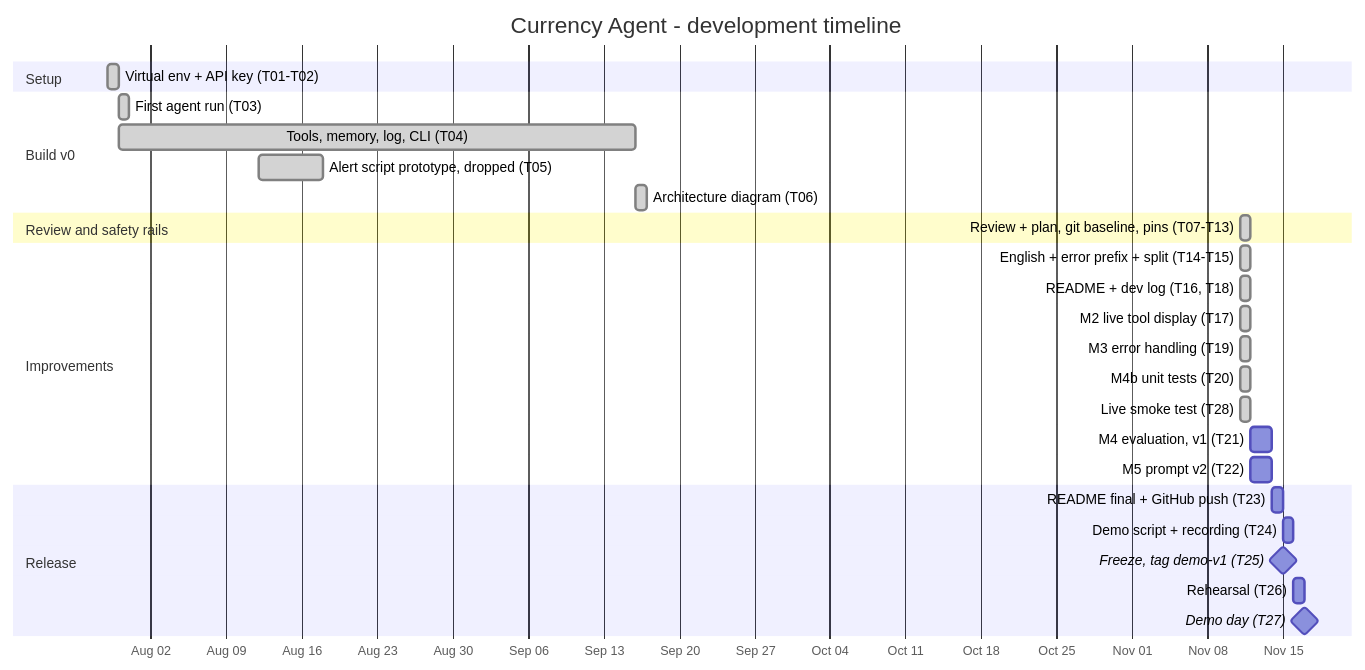
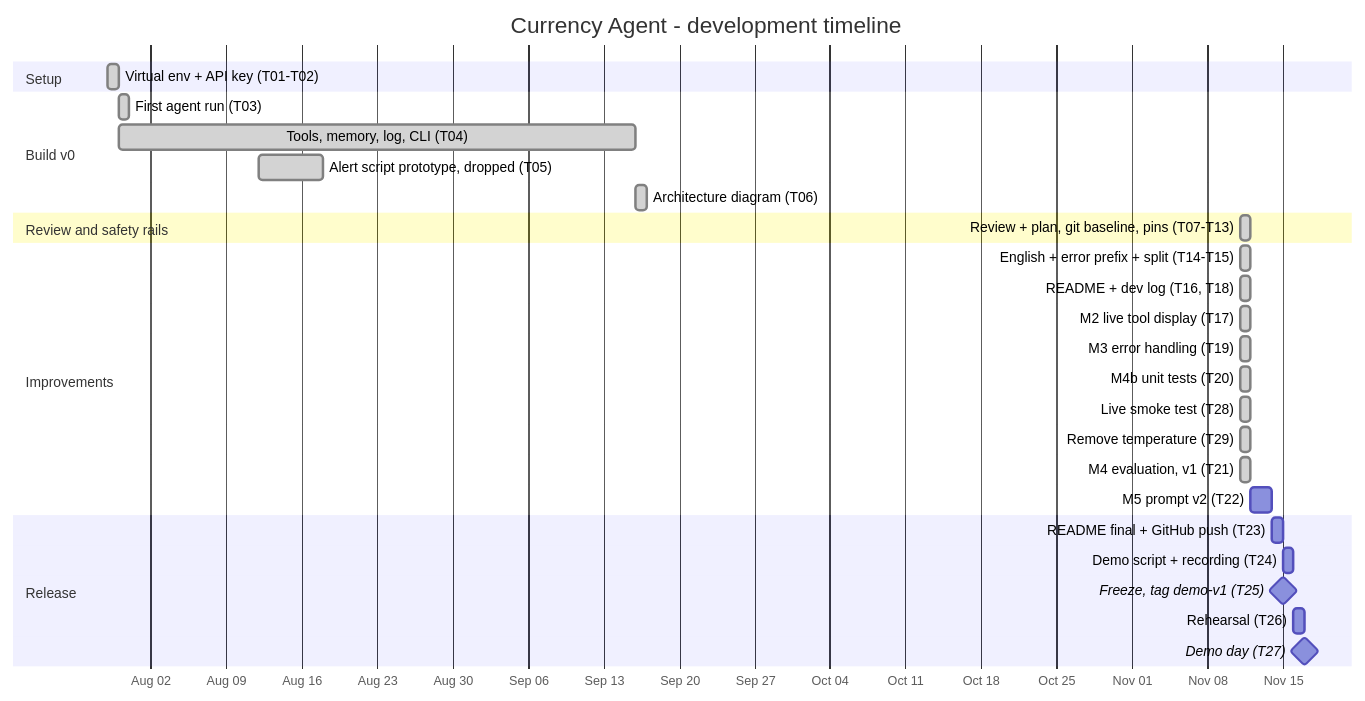
Before and after one commit to falthackel/agentic-financial-monitoring-assistant: the diagram in docs/dev_log.md, drawn with Mermaid. The commit also changed other lines of this file and 2 other files, not shown here.

Commit message:
docs: evaluation section, v1 results, dev log for M4

````diff
--- a/docs/dev_log.md
+++ b/docs/dev_log.md
@@ -50,35 +51,36 @@
 ```mermaid
 gantt
     title Currency Agent - development timeline
     dateFormat YYYY-MM-DD
     axisFormat %b %d
 
     section Setup
     Virtual env + API key (T01-T02)          :done, t01, 2026-07-29, 1d
 
     section Build v0
     First agent run (T03)                    :done, t03, 2026-07-30, 1d
     Tools, memory, log, CLI (T04)            :done, t04, 2026-07-30, 2026-09-16
     Alert script prototype, dropped (T05)    :done, t05, 2026-08-12, 2026-08-18
     Architecture diagram (T06)               :done, t06, 2026-09-16, 1d
 
     section Review and safety rails
     Review + plan, git baseline, pins (T07-T13) :done, t07, 2026-11-11, 1d
 
     section Improvements
     English + error prefix + split (T14-T15) :done, t14, 2026-11-11, 1d
     README + dev log (T16, T18)              :done, t16, 2026-11-11, 1d
     M2 live tool display (T17)               :done, t17, 2026-11-11, 1d
     M3 error handling (T19)                  :done, t19, 2026-11-11, 1d
     M4b unit tests (T20)                     :done, t20, 2026-11-11, 1d
     Live smoke test (T28)                    :done, t28, 2026-11-11, 1d
-    M4 evaluation, v1 (T21)                  :t21, 2026-11-12, 2d
+    Remove temperature (T29)                 :done, t29, 2026-11-11, 1d
+    M4 evaluation, v1 (T21)                  :done, t21, 2026-11-11, 1d
     M5 prompt v2 (T22)                       :t22, 2026-11-12, 2d
 
     section Release
     README final + GitHub push (T23)         :t23, 2026-11-14, 1d
     Demo script + recording (T24)            :t24, 2026-11-15, 1d
     Freeze, tag demo-v1 (T25)                :milestone, t25, 2026-11-15, 0d
     Rehearsal (T26)                          :t26, 2026-11-16, 1d
     Demo day (T27)                     :milestone, t27, 2026-11-17, 0d
 ```
````
